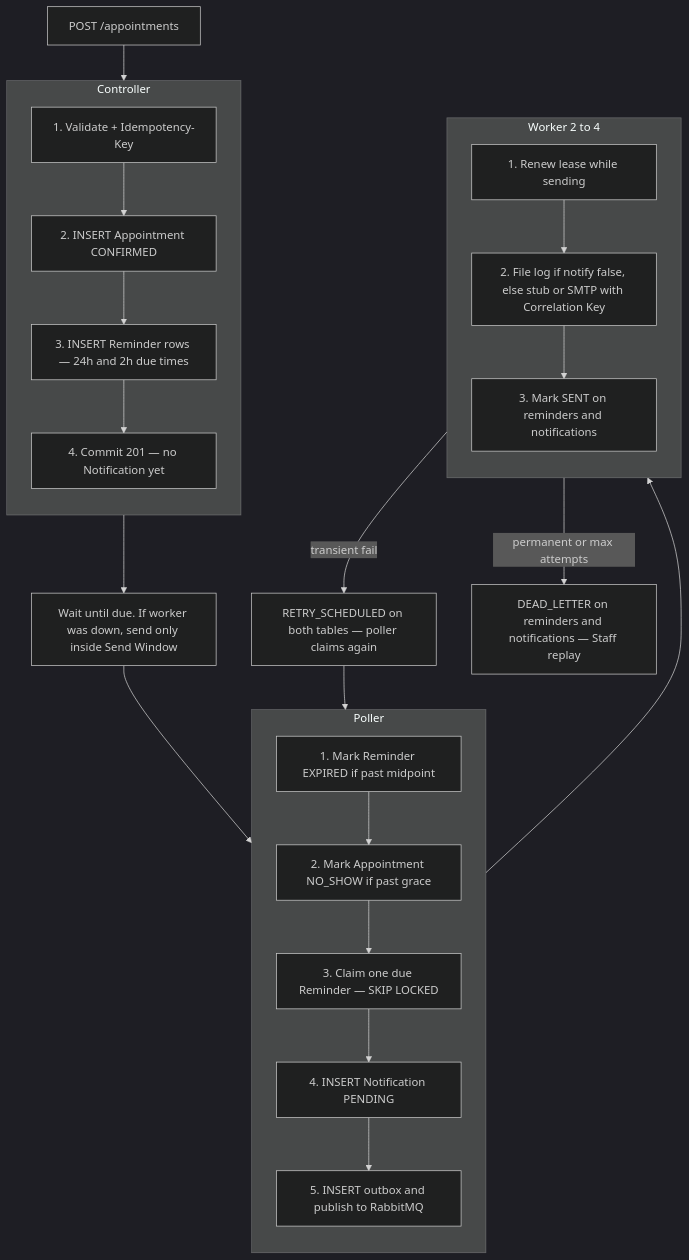
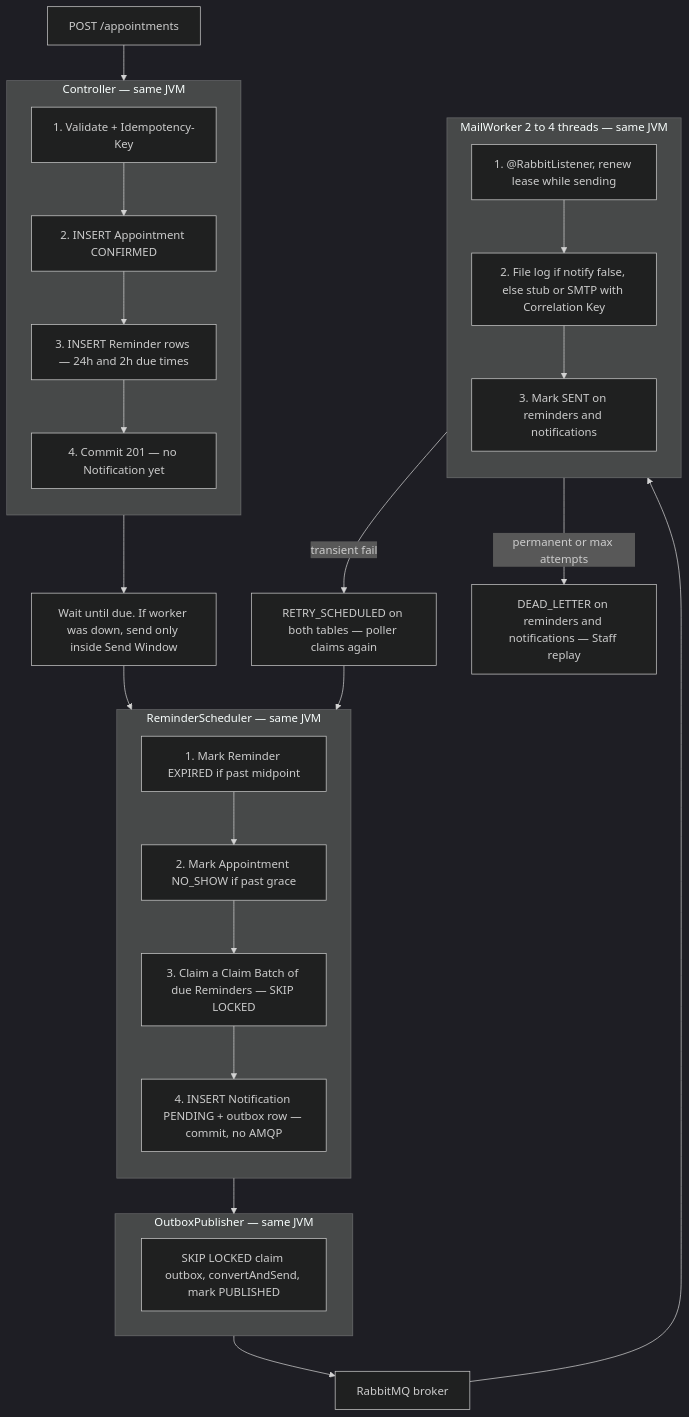
Before and after one commit to GreatNerve/Dealership-Backend: the first of 2 diagrams in README.md, drawn with Mermaid (dark theme). The commit also changed other lines of this file and 29 other files, not shown here.

````diff
--- a/README.md
+++ b/README.md
@@ -81,40 +83,45 @@
 ```mermaid
 flowchart TB
   Client["POST /appointments"]
 
-  subgraph controller [Controller]
+  subgraph controller [Controller — same JVM]
     direction TB
     A1["1. Validate + Idempotency-Key"]
     A2["2. INSERT Appointment CONFIRMED"]
     A3["3. INSERT Reminder rows — 24h and 2h due times"]
     A4["4. Commit 201 — no Notification yet"]
     A1 --> A2 --> A3 --> A4
   end
 
   Wait["Wait until due. If worker was down, send only inside Send Window"]
 
-  subgraph poller [Poller]
+  subgraph reminderPoller [ReminderScheduler — same JVM]
     direction TB
     P1["1. Mark Reminder EXPIRED if past midpoint"]
     P2["2. Mark Appointment NO_SHOW if past grace"]
-    P3["3. Claim one due Reminder — SKIP LOCKED"]
-    P4["4. INSERT Notification PENDING"]
-    P5["5. INSERT outbox and publish to RabbitMQ"]
-    P1 --> P2 --> P3 --> P4 --> P5
+    P3["3. Claim a Claim Batch of due Reminders — SKIP LOCKED"]
+    P4["4. INSERT Notification PENDING + outbox row — commit, no AMQP"]
+    P1 --> P2 --> P3 --> P4
   end
 
-  subgraph worker [Worker 2 to 4]
+  subgraph publisher [OutboxPublisher — same JVM]
+    O1["SKIP LOCKED claim outbox, convertAndSend, mark PUBLISHED"]
+  end
+
+  RMQ[RabbitMQ broker]
+
+  subgraph worker [MailWorker 2 to 4 threads — same JVM]
     direction TB
-    W1["1. Renew lease while sending"]
+    W1["1. @RabbitListener, renew lease while sending"]
     W2["2. File log if notify false, else stub or SMTP with Correlation Key"]
     W3["3. Mark SENT on reminders and notifications"]
     W1 --> W2 --> W3
   end
 
   Retry["RETRY_SCHEDULED on both tables — poller claims again"]
   Dead["DEAD_LETTER on reminders and notifications — Staff replay"]
 
-  Client --> controller --> Wait --> poller --> worker
-  worker -->|transient fail| Retry --> poller
+  Client --> controller --> Wait --> reminderPoller --> publisher --> RMQ --> worker
+  worker -->|transient fail| Retry --> reminderPoller
   worker -->|permanent or max attempts| Dead
 ```
````
